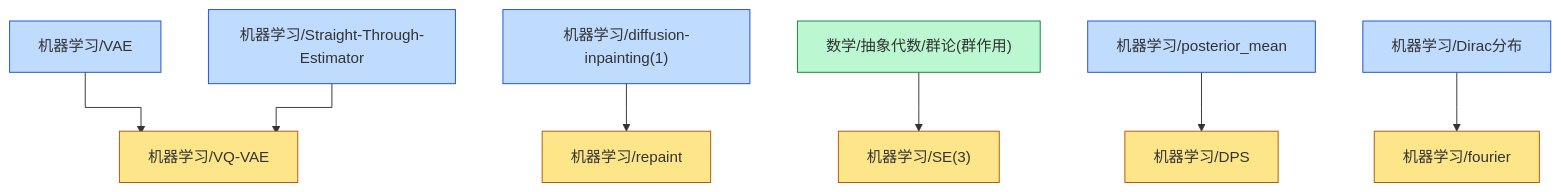
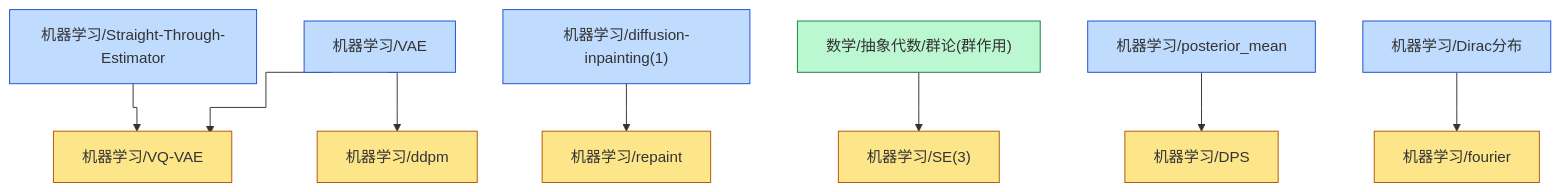
One commit to zeroDtree/zeroDtree.github.io changed the diagram in content/机器学习/dependency_graph.md. Above: the diagram before and after it, drawn with Mermaid. The commit also changed 2 other files, not shown here.

Commit message:
Add new document for Denoising Diffusion Probabilistic Models (DDPM) in the machine learning section. The document includes detailed explanations of the forward diffusion process, reverse denoising process, and relevant mathematical formulations, enhancing the understanding of generative models in machine learning.

````diff
--- a/content/机器学习/dependency_graph.md
+++ b/content/机器学习/dependency_graph.md
@@ -1,27 +1,29 @@
 ```mermaid
 %%{init: {'flowchart': {'curve': 'stepAfter'}}}%%
 graph TD
 1["机器学习/VAE"] --> 0["机器学习/VQ-VAE"]
 2["机器学习/Straight-Through-Estimator"] --> 0["机器学习/VQ-VAE"]
 4["机器学习/diffusion-inpainting(1)"] --> 3["机器学习/repaint"]
 6["数学/抽象代数/群论(群作用)"] --> 5["机器学习/SE(3)"]
-8["机器学习/posterior_mean"] --> 7["机器学习/DPS"]
-10["机器学习/Dirac分布"] --> 9["机器学习/fourier"]
+1["机器学习/VAE"] --> 7["机器学习/ddpm"]
+9["机器学习/posterior_mean"] --> 8["机器学习/DPS"]
+11["机器学习/Dirac分布"] --> 10["机器学习/fourier"]
 classDef leaf fill:#fde68a,stroke:#b45309
-class 0,3,5,7,9 leaf
+class 0,3,5,7,8,10 leaf
 classDef root fill:#bfdbfe,stroke:#1d4ed8
-class 1,2,4,8,10 root
+class 1,2,4,9,11 root
 classDef foundationRoot fill:#bbf7d0,stroke:#15803d
 class 6 foundationRoot
 click 0 "/机器学习/vq-vae" "机器学习/VQ-VAE"
 click 1 "/机器学习/vae" "机器学习/VAE"
 click 2 "/机器学习/straight-through-estimator" "机器学习/Straight-Through-Estimator"
 click 3 "/机器学习/repaint" "机器学习/repaint"
 click 4 "/机器学习/diffusion-inpainting(1)" "机器学习/diffusion-inpainting(1)"
 click 5 "/机器学习/se(3)" "机器学习/SE(3)"
 click 6 "/数学/抽象代数/群论(群作用)" "数学/抽象代数/群论(群作用)"
-click 7 "/机器学习/dps" "机器学习/DPS"
-click 8 "/机器学习/posterior_mean" "机器学习/posterior_mean"
-click 9 "/机器学习/fourier" "机器学习/fourier"
-click 10 "/机器学习/dirac分布" "机器学习/Dirac分布"
+click 7 "/机器学习/ddpm" "机器学习/ddpm"
+click 8 "/机器学习/dps" "机器学习/DPS"
+click 9 "/机器学习/posterior_mean" "机器学习/posterior_mean"
+click 10 "/机器学习/fourier" "机器学习/fourier"
+click 11 "/机器学习/dirac分布" "机器学习/Dirac分布"
 ```
````
